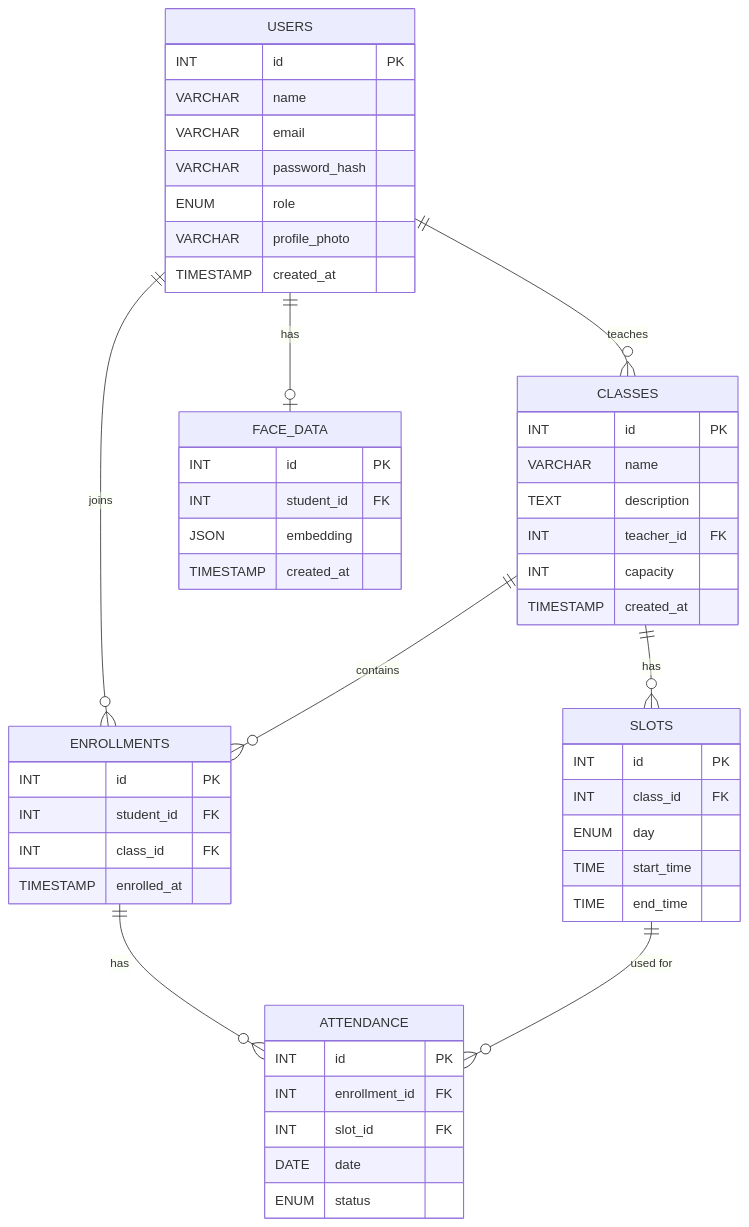
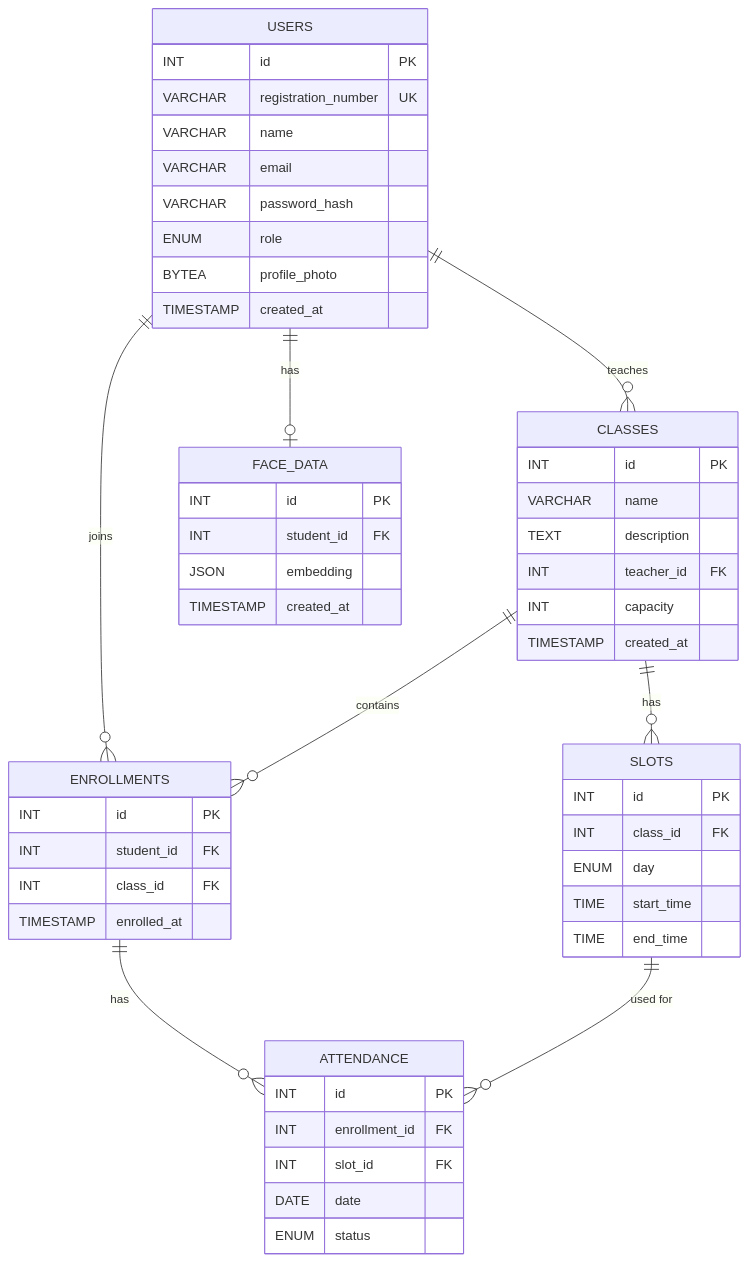
One commit to aryak9-dev/Attendance_system changed the diagram in database_schema_README.md. Above: the diagram before and after it, drawn with Mermaid. The commit also changed other lines of this file and 2 other files, not shown here.

Commit message:
added egistration column in user table

````diff
--- a/database_schema_README.md
+++ b/database_schema_README.md
@@ -34,60 +34,61 @@
 ```mermaid
 erDiagram
 
     USERS {
         INT id PK
+        VARCHAR registration_number UK
         VARCHAR name
         VARCHAR email
         VARCHAR password_hash
         ENUM role
-        VARCHAR profile_photo
+        BYTEA profile_photo
         TIMESTAMP created_at
     }
 
     CLASSES {
         INT id PK
         VARCHAR name
         TEXT description
         INT teacher_id FK
         INT capacity
         TIMESTAMP created_at
     }
 
     SLOTS {
         INT id PK
         INT class_id FK
         ENUM day
         TIME start_time
         TIME end_time
     }
 
     ENROLLMENTS {
         INT id PK
         INT student_id FK
         INT class_id FK
         TIMESTAMP enrolled_at
     }
 
     ATTENDANCE {
         INT id PK
         INT enrollment_id FK
         INT slot_id FK
         DATE date
         ENUM status
     }
 
     FACE_DATA {
         INT id PK
         INT student_id FK
         JSON embedding
         TIMESTAMP created_at
     }
 
     USERS ||--o{ CLASSES : "teaches"
     USERS ||--o{ ENROLLMENTS : "joins"
     CLASSES ||--o{ SLOTS : "has"
     CLASSES ||--o{ ENROLLMENTS : "contains"
     ENROLLMENTS ||--o{ ATTENDANCE : "has"
     SLOTS ||--o{ ATTENDANCE : "used for"
     USERS ||--o| FACE_DATA : "has"
 ```
````
